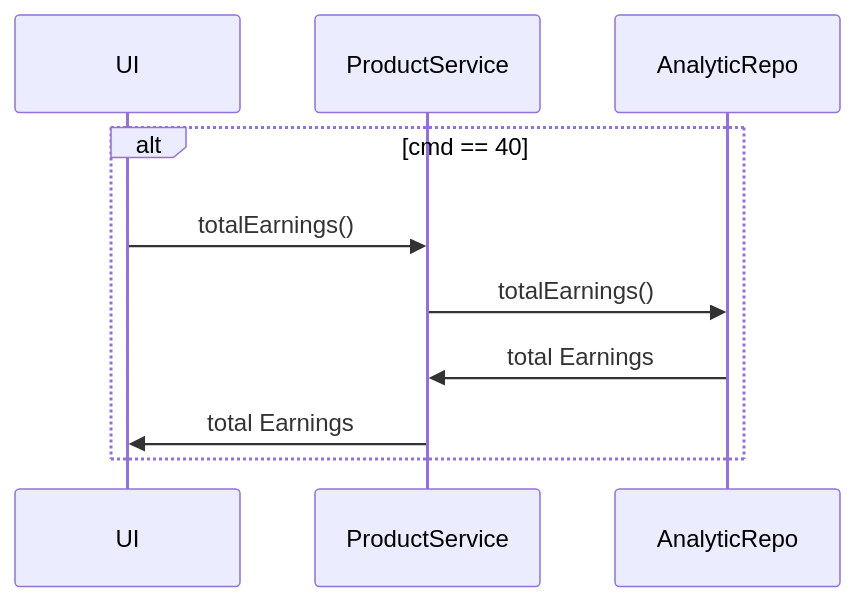
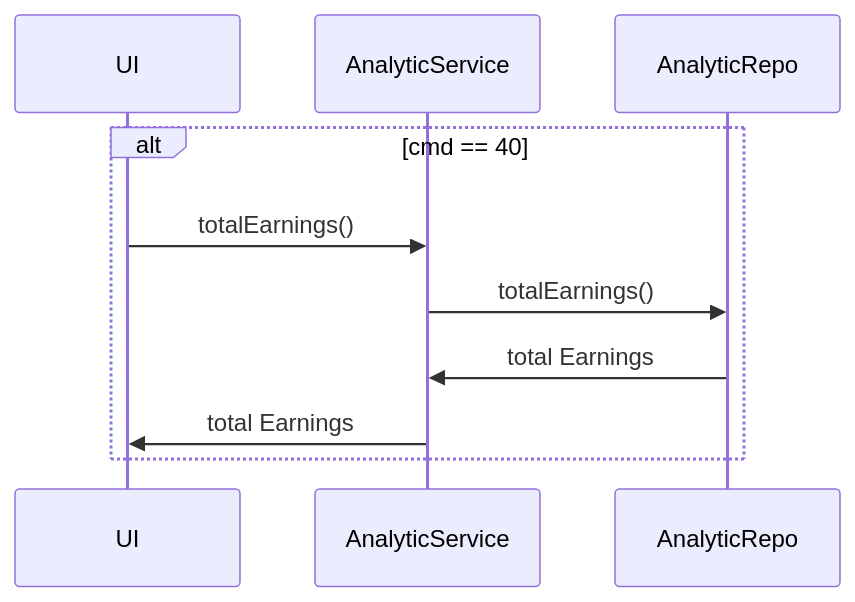
Before and after one commit to Apameus/Vending_Machine: diagram 13 of 14 in README.md, drawn with Mermaid. The commit also changed other lines of this file and 8 other files, not shown here.

Commit message:
Command functionality when AuthorizedUser is logged in & Changed at Technical Doc about AnalyticService

````diff
--- a/README.md
+++ b/README.md
@@ -280,13 +280,13 @@
 ```mermaid
 sequenceDiagram
 participant UI
-participant PS as ProductService
+participant AS as AnalyticService
 participant AR as AnalyticRepo
 
 alt cmd == 40
-    UI ->> PS: totalEarnings()
-    PS ->> AR: totalEarnings()
-    AR ->> PS: total Earnings
-    PS ->> UI: total Earnings
+    UI ->> AS: totalEarnings()
+    AS ->> AR: totalEarnings()
+    AR ->> AS: total Earnings
+    AS ->> UI: total Earnings
 end
 ```
````
